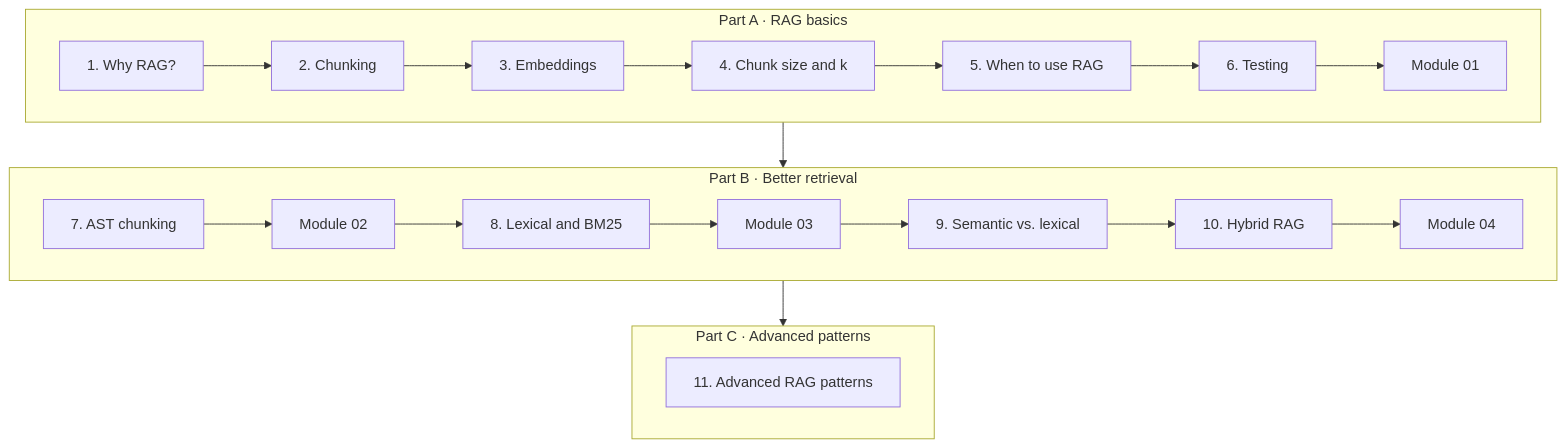
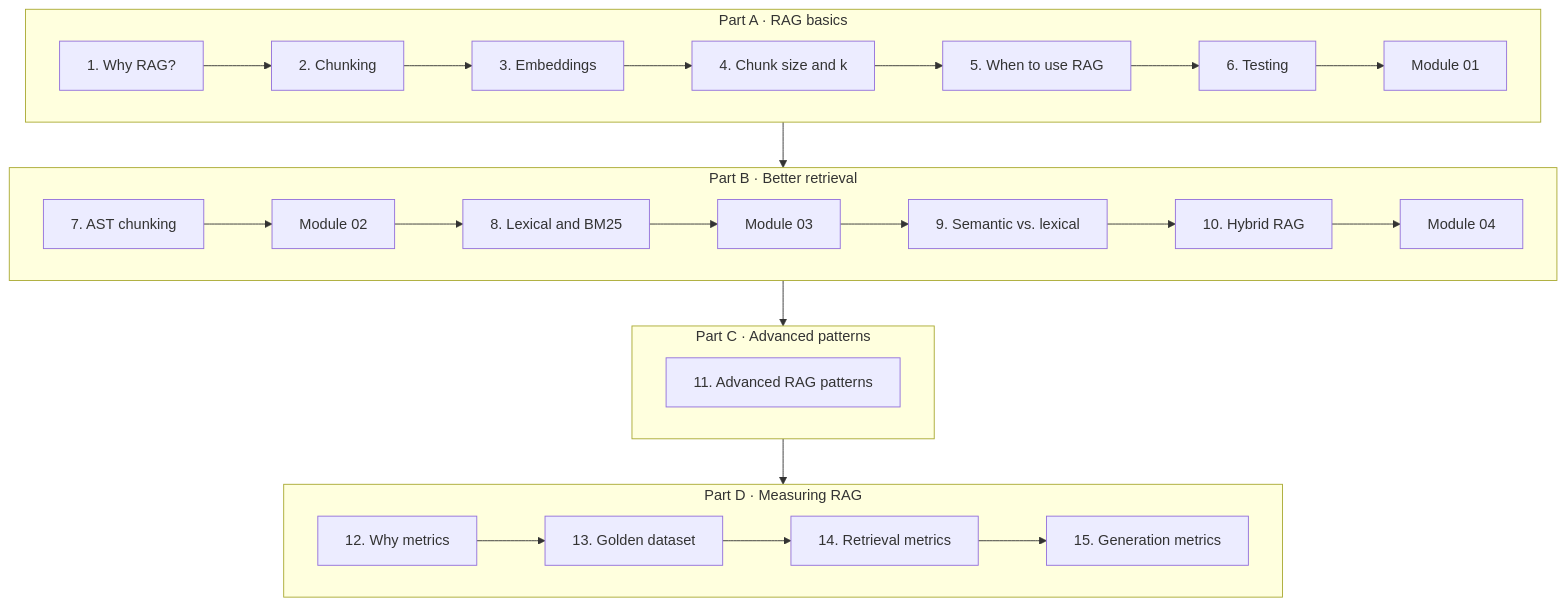
The diagram in docs/concepts/01-rag/README.md (prudhivi99/Agentic-System-Design), drawn with Mermaid before and after one commit. The commit also changed other lines of this file and 18 other files, not shown here.

Commit message:
Add "Measuring RAG" pages: golden dataset, retrieval and generation metrics

````diff
--- a/docs/concepts/01-rag/README.md
+++ b/docs/concepts/01-rag/README.md
@@ -10,16 +11,20 @@
 ```mermaid
 flowchart TB
     subgraph A["Part A · RAG basics"]
         direction LR
         A1["1. Why RAG?"] --> A2["2. Chunking"] --> A3["3. Embeddings"] --> A4["4. Chunk size and k"] --> A5["5. When to use RAG"] --> A6["6. Testing"] --> M1["Module 01"]
     end
     subgraph B["Part B · Better retrieval"]
         direction LR
         B7["7. AST chunking"] --> M2["Module 02"] --> B8["8. Lexical and BM25"] --> M3["Module 03"] --> B9["9. Semantic vs. lexical"] --> B10["10. Hybrid RAG"] --> M4["Module 04"]
     end
     subgraph C["Part C · Advanced patterns"]
         direction LR
         C11["11. Advanced RAG patterns"]
     end
-    A --> B --> C
+    subgraph D["Part D · Measuring RAG"]
+        direction LR
+        D12["12. Why metrics"] --> D13["13. Golden dataset"] --> D14["14. Retrieval metrics"] --> D15["15. Generation metrics"]
+    end
+    A --> B --> C --> D
 ```
````
